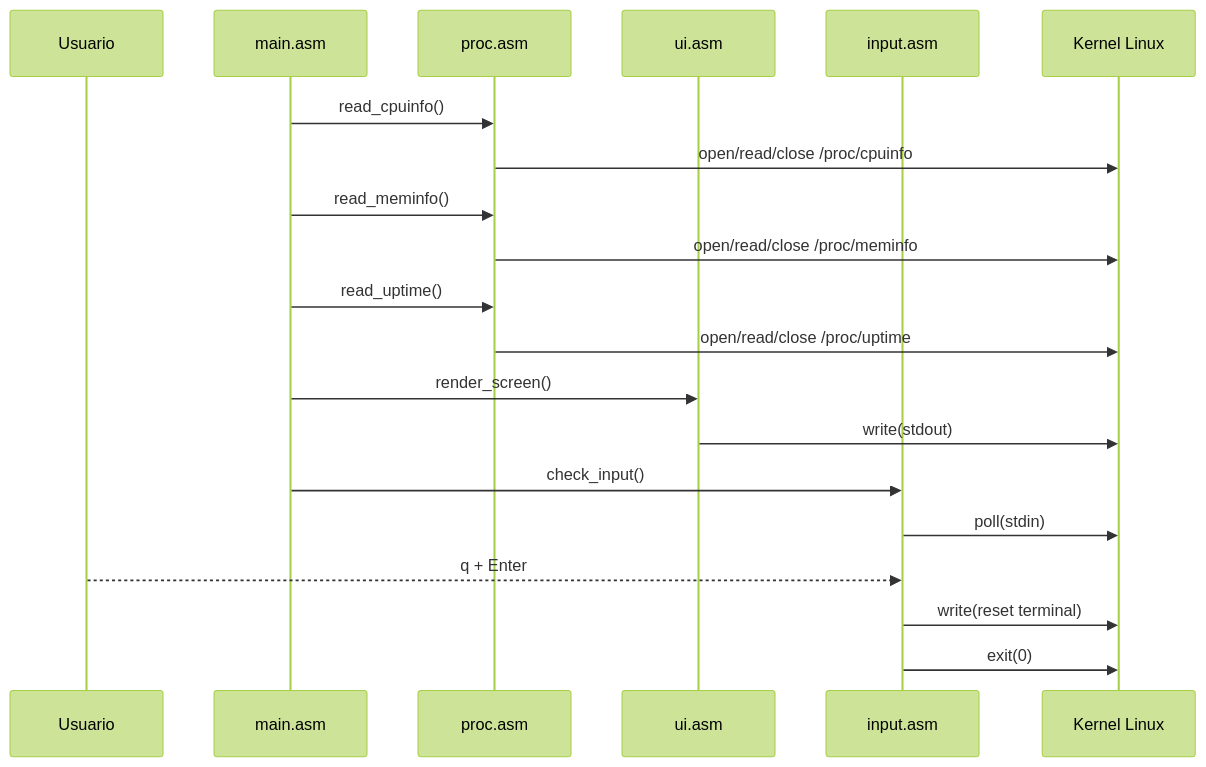
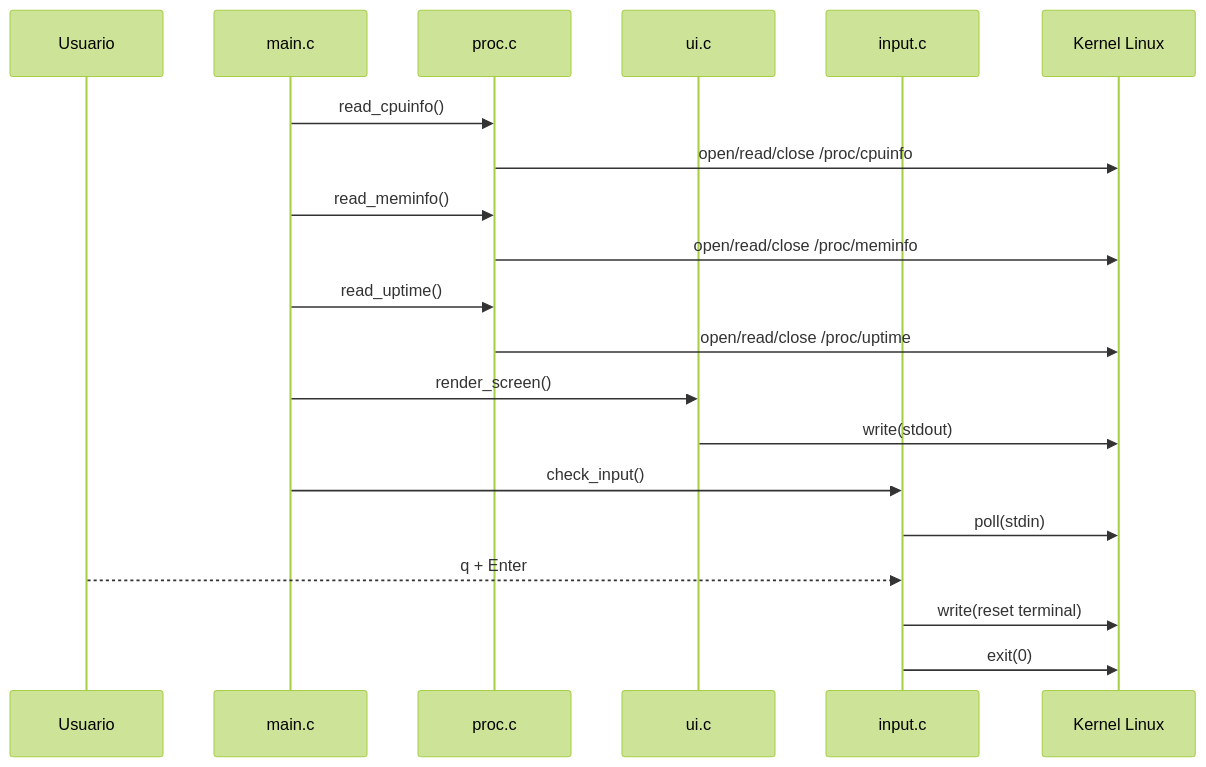
One commit to manoelroot/CPU-simulator-c changed the second of 4 diagrams in docs/uml/diagramas.md. Above: the diagram before and after it, drawn with Mermaid (forest theme). The commit also changed other lines of this file and 20 other files, not shown here.

````diff
--- a/docs/uml/diagramas.md
+++ b/docs/uml/diagramas.md
@@ -23,23 +23,23 @@
 ```mermaid
 sequenceDiagram
     participant U as Usuario
-    participant M as main.asm
-    participant P as proc.asm
-    participant UI as ui.asm
-    participant I as input.asm
+    participant M as main.c
+    participant P as proc.c
+    participant UI as ui.c
+    participant I as input.c
     participant K as Kernel Linux
 
     M->>P: read_cpuinfo()
     P->>K: open/read/close /proc/cpuinfo
     M->>P: read_meminfo()
     P->>K: open/read/close /proc/meminfo
     M->>P: read_uptime()
     P->>K: open/read/close /proc/uptime
     M->>UI: render_screen()
     UI->>K: write(stdout)
     M->>I: check_input()
     I->>K: poll(stdin)
     U-->>I: q + Enter
     I->>K: write(reset terminal)
     I->>K: exit(0)
 ```
````
